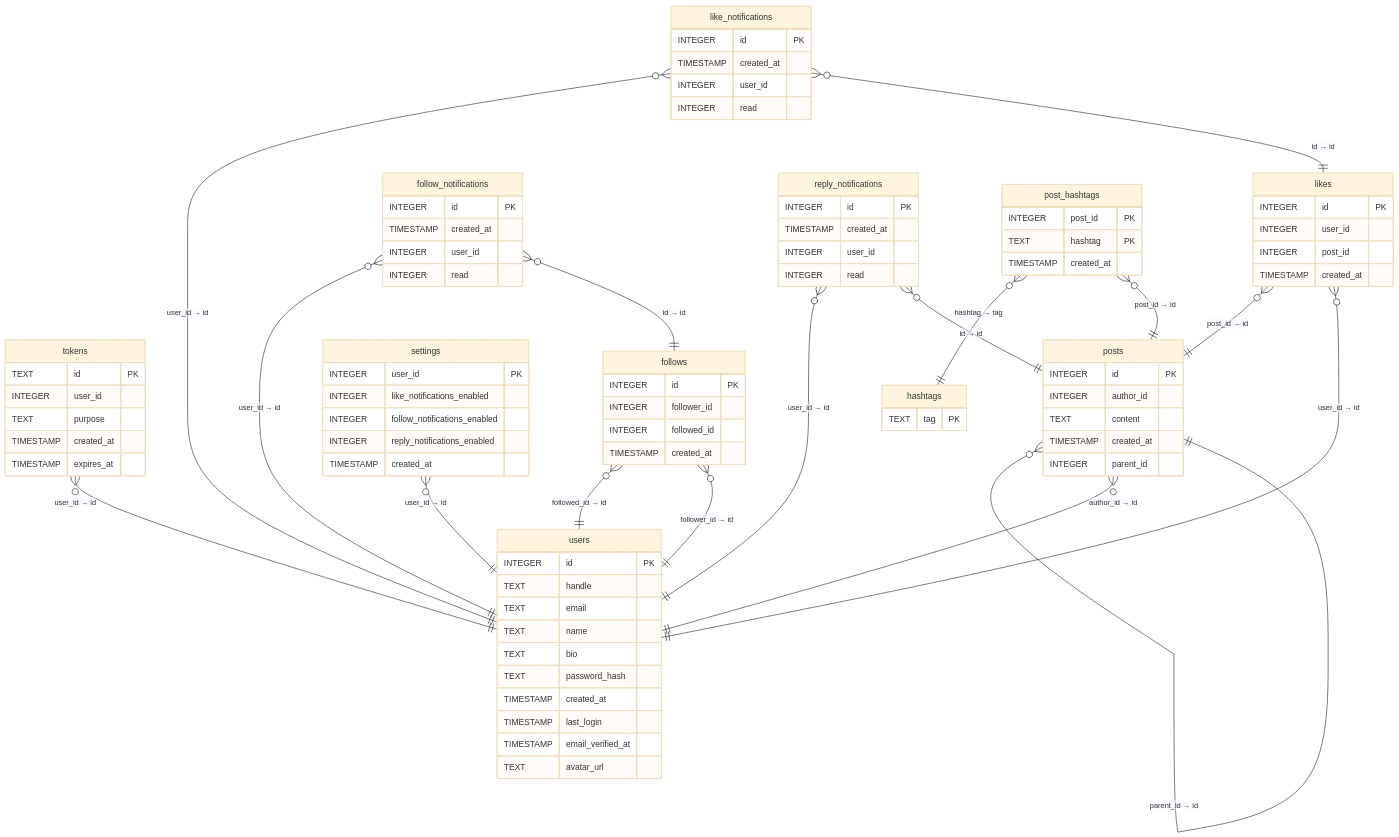
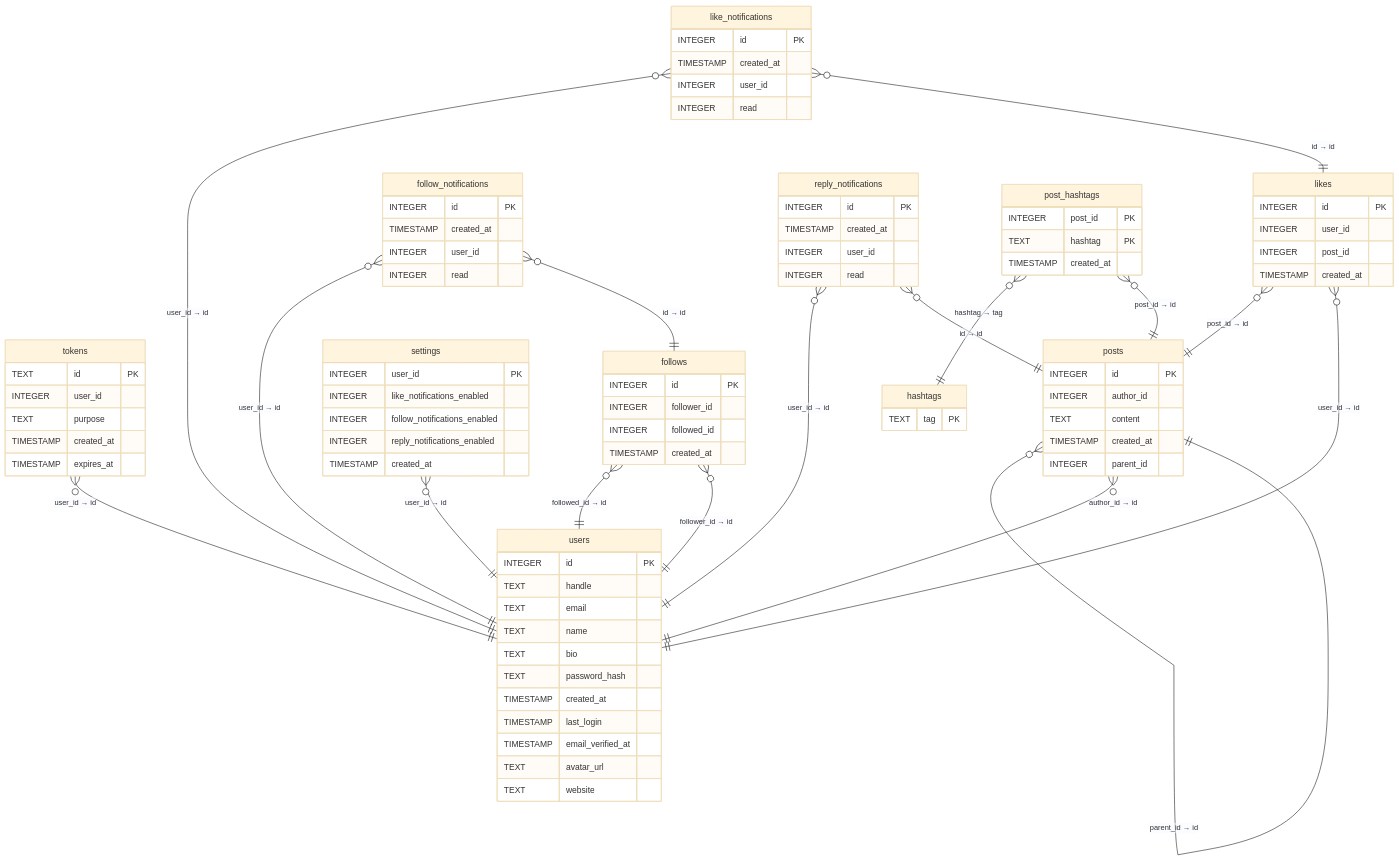
One commit to ScriptRaccoon/twelte changed the diagram in DATABASE.md. Above: the diagram before and after it, drawn with Mermaid (base theme).

Commit message:
update diagram

```diff
--- a/DATABASE.md
+++ b/DATABASE.md
@@ -13,6 +13,7 @@
     TIMESTAMP last_login
     TIMESTAMP email_verified_at
     TEXT avatar_url
+    TEXT website
   }
   tokens {
     TEXT id PK
```
